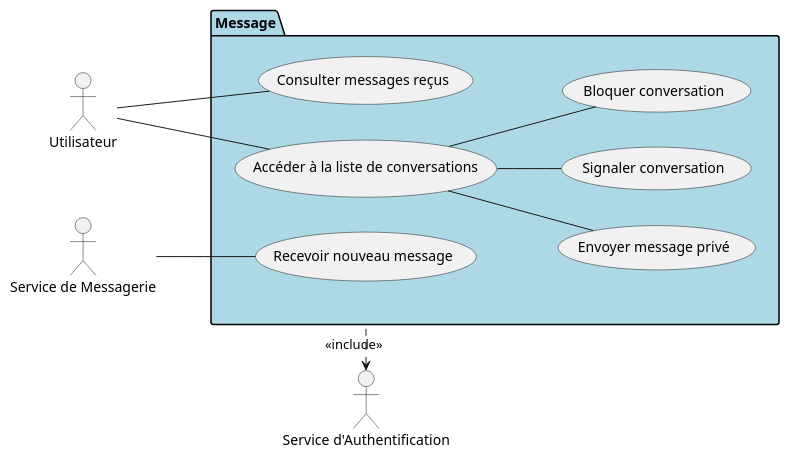
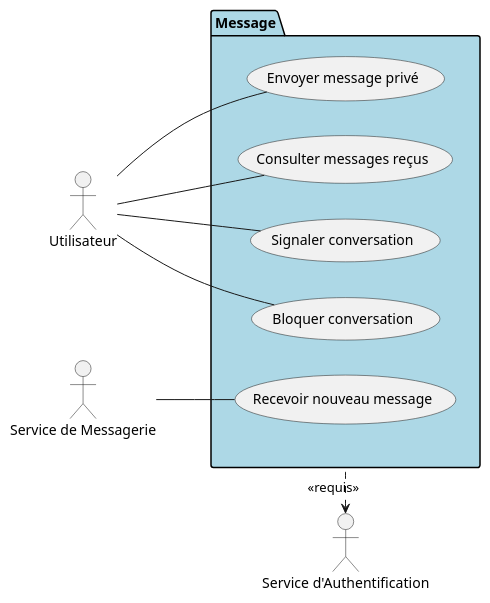
One commit to MinaroliCorentin/PSO changed the diagram in src/Projet_Tinder_Cas_Utilisation_Messages.puml. Above: the diagram before and after it, drawn with PlantUML. The commit also changed 6 other files, not shown here.

```diff
--- a/src/Projet_Tinder_Cas_Utilisation_Messages.puml
+++ b/src/Projet_Tinder_Cas_Utilisation_Messages.puml
@@ -1,32 +1,30 @@
 @startuml
 left to right direction
 
 'Acteurs'
 actor Utilisateur
 actor "Service de Messagerie" as Messagerie
 actor "Service d'Authentification" as Authentification
 
 package "Message" #LightBlue {
 
     usecase "Envoyer message privé" as mess_envoyer
     usecase "Consulter messages reçus" as mess_consulter
     usecase "Recevoir nouveau message" as mess_recevoir
-    usecase "Accéder à la liste de conversations" as mess_liste
     usecase "Signaler conversation" as signal_signaler_conv
     usecase "Bloquer conversation" as signal_bloquer_conv
 
     Utilisateur -- mess_consulter
-    Utilisateur -- mess_liste
     Messagerie -- mess_recevoir
 
-    mess_liste -- mess_envoyer
-    mess_liste -- signal_bloquer_conv
-    mess_liste -- signal_signaler_conv
+    Utilisateur -- mess_envoyer
+    Utilisateur -- signal_bloquer_conv
+    Utilisateur -- signal_signaler_conv
 
-    Message .left.> Authentification : <<include>>
+    Message .left.> Authentification : <<requis>>
 
 }
 
 
 
 @enduml
```
